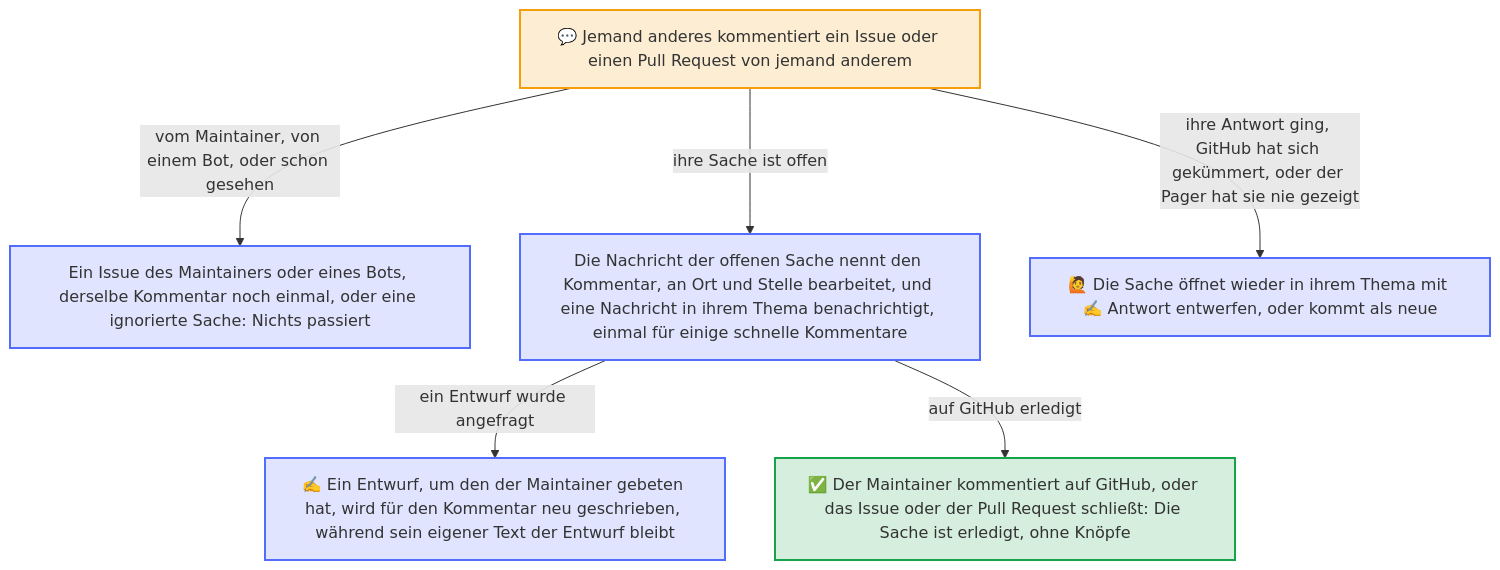
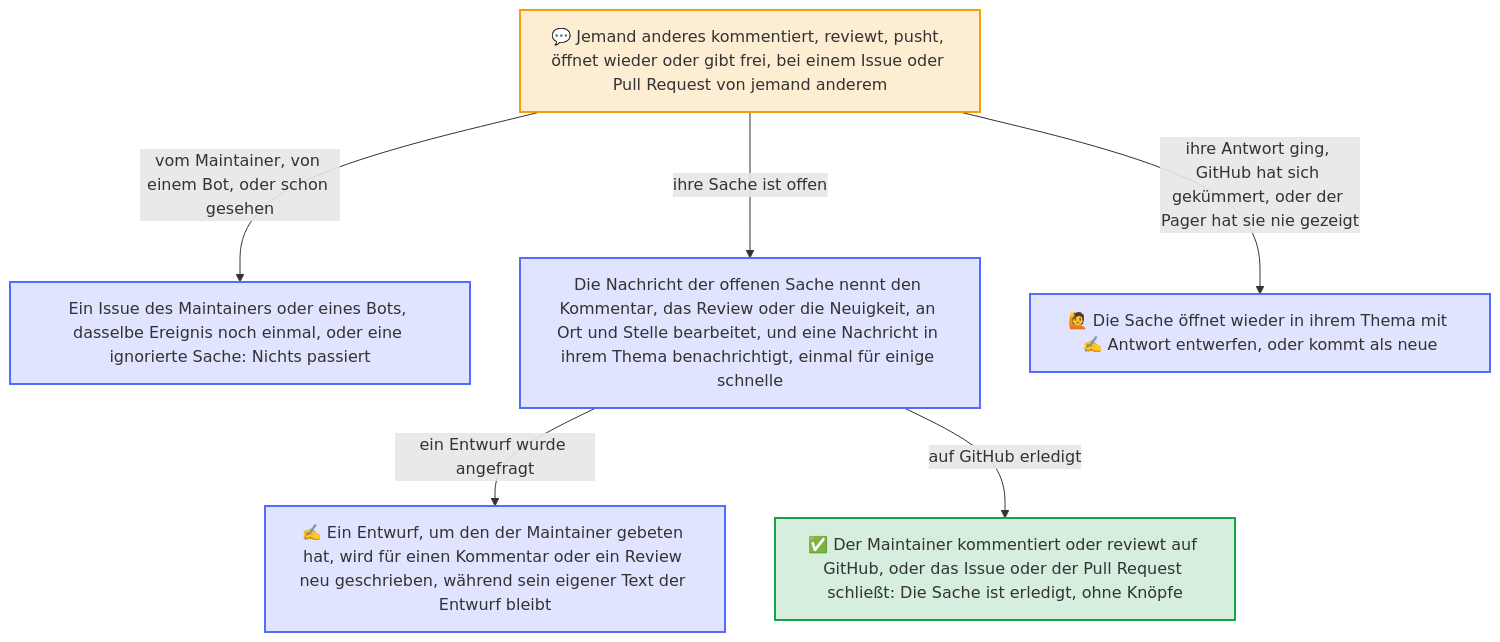
Before and after one commit to Dennis-Otto/dennis-otto-pager: the diagram in docs/diagrams/the-comments-of-a-contribution.de.mmd, drawn with Mermaid. The commit also changed 25 other files, not shown here.

First line of the commit message:
feat: a review, new commits or a reopen by a contributor page the maintainer (#201)

```diff
--- a/docs/diagrams/the-comments-of-a-contribution.de.mmd
+++ b/docs/diagrams/the-comments-of-a-contribution.de.mmd
@@ -1,28 +1,28 @@
 ---
 config:
   flowchart:
     wrappingWidth: 400
 ---
 flowchart TB
     accTitle: Die Kommentare eines Beitrags
-    accDescr: Jemand anderes als der Maintainer oder ein Bot kommentiert ein Issue oder einen Pull Request von jemand anderem. Ein Kommentar zu einem des Maintainers oder eines Bots, derselbe Kommentar noch einmal und eine ignorierte Sache enden hier. Eine offene Sache nennt den Kommentar in ihrer Nachricht, an Ort und Stelle bearbeitet, und eine Nachricht darunter in ihrem Thema benachrichtigt, einmal für einige schnelle Kommentare; ein Entwurf, um den der Maintainer gebeten hat, wird für den Kommentar neu geschrieben, während ein Text, den er selbst geschrieben hat, der Entwurf bleibt. Eine Sache, deren Antwort gesendet ist oder um die sich GitHub gekümmert hat, öffnet wieder in ihrem Thema mit Antwort entwerfen, und ein Issue, das der Pager nie gezeigt hat, kommt als neue Sache. Wenn der Maintainer auf GitHub selbst kommentiert oder das Issue oder der Pull Request geschlossen wird, ist die Sache erledigt: Ihre Knöpfe gehen, und ihr Thema bekommt einen Haken.
+    accDescr: Jemand anderes als der Maintainer oder ein Bot kommentiert, reviewt, pusht neue Commits, öffnet wieder oder gibt zum Review frei, bei einem Issue oder einem Pull Request von jemand anderem. Eines des Maintainers oder eines Bots, dasselbe Ereignis noch einmal und eine ignorierte Sache enden hier. Eine offene Sache nennt den Kommentar, das Review oder die Neuigkeit in ihrer Nachricht, an Ort und Stelle bearbeitet, und eine Nachricht darunter in ihrem Thema benachrichtigt, einmal für einige schnelle; ein Entwurf, um den der Maintainer gebeten hat, wird für einen Kommentar oder ein Review neu geschrieben, während ein Text, den er selbst geschrieben hat, der Entwurf bleibt. Eine Sache, deren Antwort gesendet ist oder um die sich GitHub gekümmert hat, etwa mit einer Bitte um Änderungen, öffnet wieder in ihrem Thema mit Antwort entwerfen, und ein Issue, das der Pager nie gezeigt hat, kommt als neue Sache. Wenn der Maintainer auf GitHub selbst kommentiert oder reviewt oder das Issue oder der Pull Request geschlossen wird, ist die Sache erledigt: Ihre Knöpfe gehen, und ihr Thema bekommt einen Haken.
 
-    asked["`**💬** Jemand anderes kommentiert ein Issue oder einen Pull Request von jemand anderem`"]
-    quiet["`Ein Issue des Maintainers oder eines Bots, derselbe Kommentar noch einmal, oder eine ignorierte Sache: Nichts passiert`"]
-    open["Die Nachricht der offenen Sache nennt den Kommentar, an Ort und Stelle bearbeitet, und eine Nachricht in ihrem Thema benachrichtigt, einmal für einige schnelle Kommentare"]
-    draft["`**✍️** Ein Entwurf, um den der Maintainer gebeten hat, wird für den Kommentar neu geschrieben, während sein eigener Text der Entwurf bleibt`"]
+    asked["`**💬** Jemand anderes kommentiert, reviewt, pusht, öffnet wieder oder gibt frei, bei einem Issue oder Pull Request von jemand anderem`"]
+    quiet["`Ein Issue des Maintainers oder eines Bots, dasselbe Ereignis noch einmal, oder eine ignorierte Sache: Nichts passiert`"]
+    open["Die Nachricht der offenen Sache nennt den Kommentar, das Review oder die Neuigkeit, an Ort und Stelle bearbeitet, und eine Nachricht in ihrem Thema benachrichtigt, einmal für einige schnelle"]
+    draft["`**✍️** Ein Entwurf, um den der Maintainer gebeten hat, wird für einen Kommentar oder ein Review neu geschrieben, während sein eigener Text der Entwurf bleibt`"]
     again["`**🙋** Die Sache öffnet wieder in ihrem Thema mit ✍️ Antwort entwerfen, oder kommt als neue`"]
-    ended["`**✅** Der Maintainer kommentiert auf GitHub, oder das Issue oder der Pull Request schließt: Die Sache ist erledigt, ohne Knöpfe`"]
+    ended["`**✅** Der Maintainer kommentiert oder reviewt auf GitHub, oder das Issue oder der Pull Request schließt: Die Sache ist erledigt, ohne Knöpfe`"]
 
     asked -- "vom Maintainer, von einem Bot, oder schon gesehen" --> quiet
     asked -- "ihre Sache ist offen" --> open
     asked -- "ihre Antwort ging, GitHub hat sich gekümmert, oder der Pager hat sie nie gezeigt" --> again
     open -- "ein Entwurf wurde angefragt" --> draft
     open -- "auf GitHub erledigt" --> ended
 
     classDef you fill:#f59e0b2e,stroke:#f59e0b,stroke-width:2px
     classDef bot fill:#526cfe2e,stroke:#526cfe,stroke-width:2px
     classDef done fill:#16a34a2e,stroke:#16a34a,stroke-width:2px
     class asked you
     class quiet,open,draft,again bot
     class ended done
```
